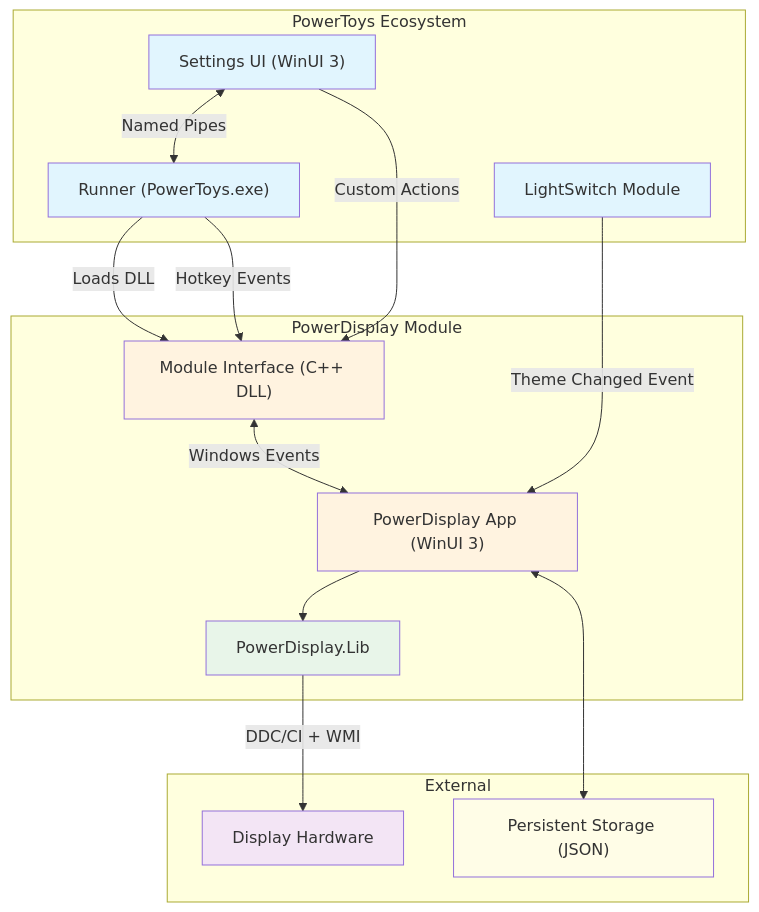
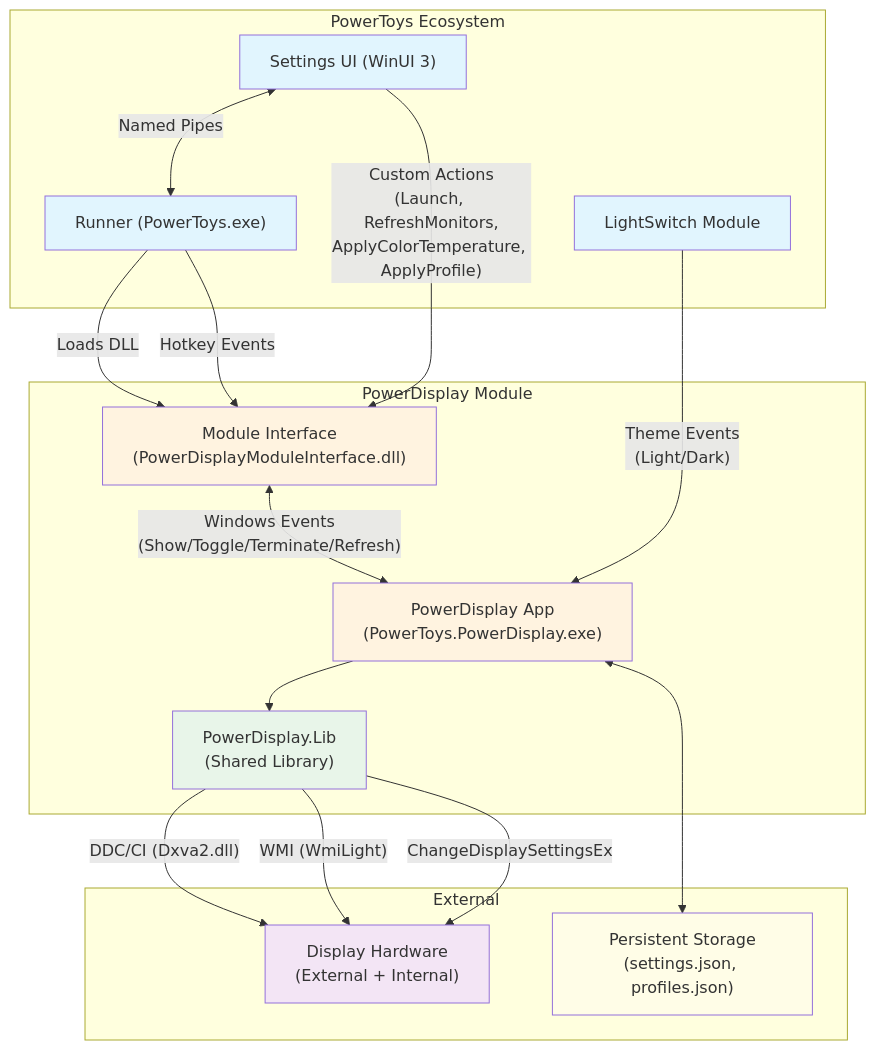
The first of 17 diagrams in doc/devdocs/modules/powerdisplay/design.md (microsoft/PowerToys), drawn with Mermaid before and after one commit. The commit also changed other lines of this file and 2 other files, not shown here.

First line of the commit message:
PowerDisplay: overhaul design docs, remove obsolete IPC code

````diff
--- a/doc/devdocs/modules/powerdisplay/design.md
+++ b/doc/devdocs/modules/powerdisplay/design.md
@@ -113,40 +114,42 @@
 ```mermaid
 flowchart TB
     subgraph PowerToys["PowerToys Ecosystem"]
         Runner["Runner (PowerToys.exe)"]
         SettingsUI["Settings UI (WinUI 3)"]
         LightSwitch["LightSwitch Module"]
     end
 
     subgraph PowerDisplayModule["PowerDisplay Module"]
-        ModuleInterface["Module Interface (C++ DLL)"]
-        PowerDisplayApp["PowerDisplay App (WinUI 3)"]
-        PowerDisplayLib["PowerDisplay.Lib"]
+        ModuleInterface["Module Interface<br/>(PowerDisplayModuleInterface.dll)"]
+        PowerDisplayApp["PowerDisplay App<br/>(PowerToys.PowerDisplay.exe)"]
+        PowerDisplayLib["PowerDisplay.Lib<br/>(Shared Library)"]
     end
 
     subgraph External["External"]
-        Hardware["Display Hardware"]
-        Storage["Persistent Storage (JSON)"]
+        Hardware["Display Hardware<br/>(External + Internal)"]
+        Storage["Persistent Storage<br/>(settings.json, profiles.json)"]
     end
 
     Runner -->|"Loads DLL"| ModuleInterface
     Runner -->|"Hotkey Events"| ModuleInterface
     SettingsUI <-->|"Named Pipes"| Runner
-    SettingsUI -->|"Custom Actions"| ModuleInterface
+    SettingsUI -->|"Custom Actions<br/>(Launch, RefreshMonitors,<br/>ApplyColorTemperature, ApplyProfile)"| ModuleInterface
 
-    ModuleInterface <-->|"Windows Events"| PowerDisplayApp
-    LightSwitch -->|"Theme Changed Event"| PowerDisplayApp
+    ModuleInterface <-->|"Windows Events<br/>(Show/Toggle/Terminate/Refresh)"| PowerDisplayApp
+    LightSwitch -->|"Theme Events<br/>(Light/Dark)"| PowerDisplayApp
 
     PowerDisplayApp --> PowerDisplayLib
-    PowerDisplayLib -->|"DDC/CI + WMI"| Hardware
+    PowerDisplayLib -->|"DDC/CI (Dxva2.dll)"| Hardware
+    PowerDisplayLib -->|"WMI (WmiLight)"| Hardware
+    PowerDisplayLib -->|"ChangeDisplaySettingsEx"| Hardware
     PowerDisplayApp <--> Storage
 
     style Runner fill:#e1f5fe
     style SettingsUI fill:#e1f5fe
     style LightSwitch fill:#e1f5fe
     style ModuleInterface fill:#fff3e0
     style PowerDisplayApp fill:#fff3e0
     style PowerDisplayLib fill:#e8f5e9
     style Hardware fill:#f3e5f5
     style Storage fill:#fffde7
 ```
````
